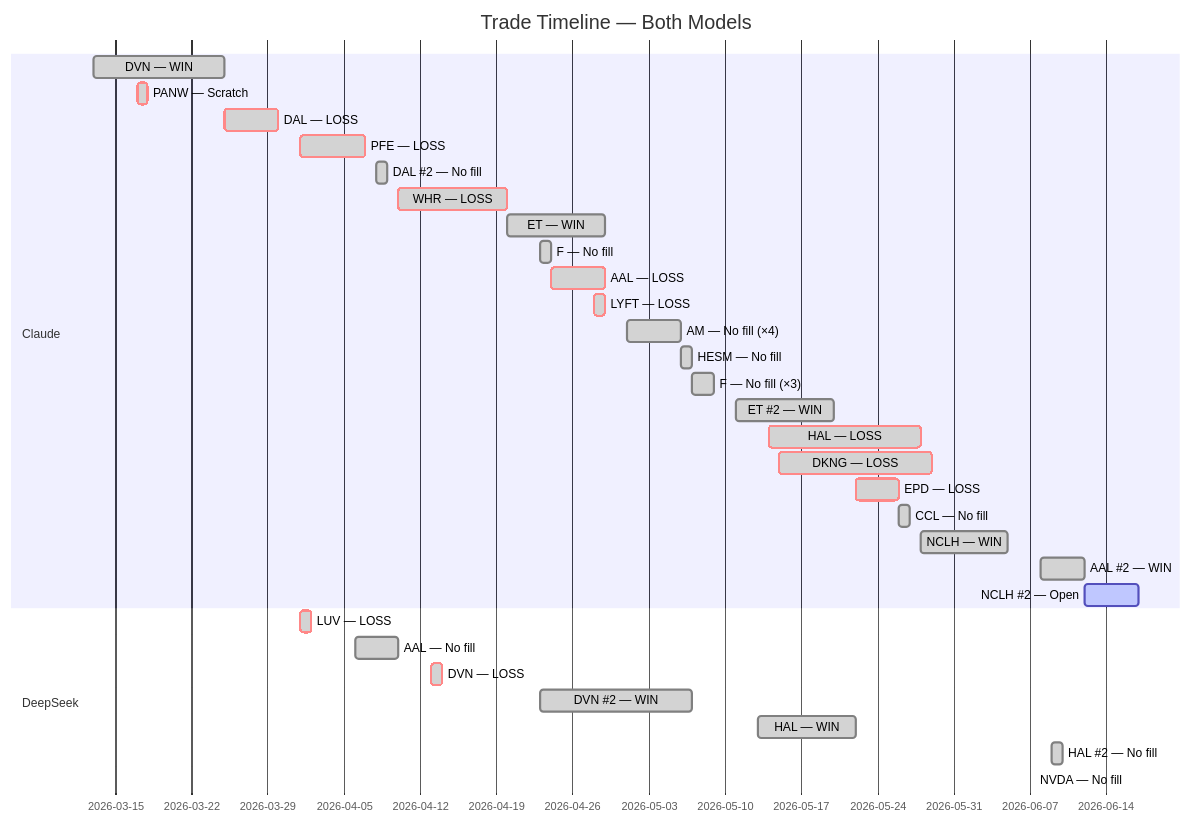
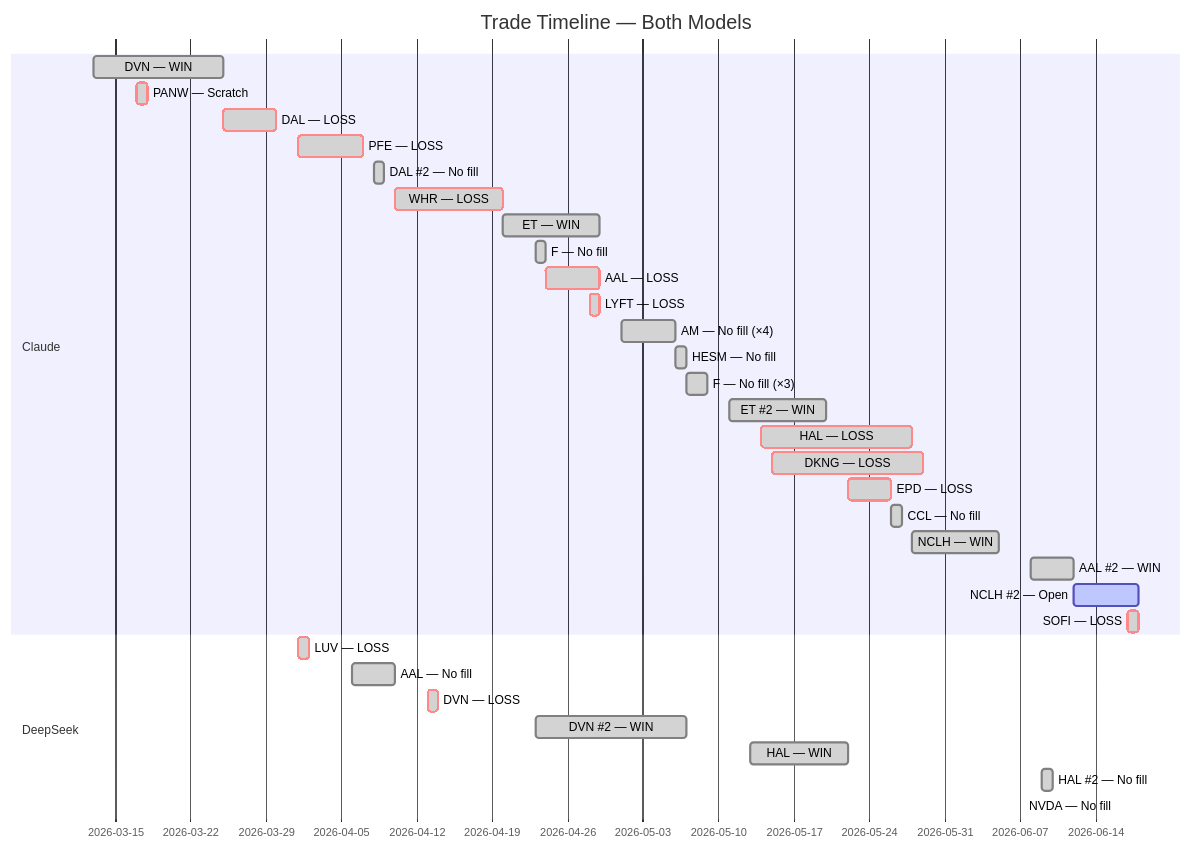
Before and after one commit to zachisit/ai-auto-buy-thesis: the fifth of 5 diagrams in README.md, drawn with Mermaid. The commit also changed other lines of this file and 2 other files, not shown here.

Commit message:
Update README and add session logs for 6/18 — SOFI closed -$13.20 (fastest exit, hawkish Fed killed rate-cut thesis Day 1); NCLH #2 Day 6 +$39.78 unrealized; deal SIGNED at Versailles; Fed hawkish 3.8% dot plot median; Rule 21 added (next-day buy stops for binary events)

````diff
--- a/README.md
+++ b/README.md
@@ -63,35 +63,36 @@
 ```mermaid
 gantt
     title Trade Timeline — Both Models
     dateFormat YYYY-MM-DD
     section Claude
     DVN — WIN            :done,    2026-03-13, 2026-03-25
     PANW — Scratch       :crit, done, 2026-03-17, 2026-03-18
     DAL — LOSS           :crit, done, 2026-03-25, 2026-03-30
     PFE — LOSS           :crit, done, 2026-04-01, 2026-04-07
     DAL #2 — No fill     :done,    2026-04-08, 2026-04-09
     WHR — LOSS           :crit, done, 2026-04-10, 2026-04-20
     ET — WIN             :done,    2026-04-20, 2026-04-29
     F — No fill          :done,    2026-04-23, 2026-04-24
     AAL — LOSS           :crit, done, 2026-04-24, 2026-04-29
     LYFT — LOSS          :crit, done, 2026-04-28, 2026-04-29
     AM — No fill (×4)    :done,    2026-05-01, 2026-05-06
     HESM — No fill       :done,    2026-05-06, 2026-05-07
     F — No fill (×3)     :done,    2026-05-07, 2026-05-09
     ET #2 — WIN          :done,    2026-05-11, 2026-05-20
     HAL — LOSS           :crit, done, 2026-05-14, 2026-05-28
     DKNG — LOSS          :crit, done, 2026-05-15, 2026-05-29
     EPD — LOSS           :crit, done, 2026-05-22, 2026-05-26
     CCL — No fill        :done,    2026-05-26, 2026-05-27
     NCLH — WIN           :done,    2026-05-28, 2026-06-05
     AAL #2 — WIN         :done,    2026-06-08, 2026-06-12
-    NCLH #2 — Open       :active,  2026-06-12, 2026-06-17
+    NCLH #2 — Open       :active,  2026-06-12, 2026-06-18
+    SOFI — LOSS          :crit, done, 2026-06-17, 2026-06-18
     section DeepSeek
     LUV — LOSS           :crit, done, 2026-04-01, 2026-04-02
     AAL — No fill        :done,    2026-04-06, 2026-04-10
     DVN — LOSS           :crit, done, 2026-04-13, 2026-04-14
     DVN #2 — WIN         :done,    2026-04-23, 2026-05-07
     HAL — WIN            :done,    2026-05-13, 2026-05-22
     HAL #2 — No fill    :done,    2026-06-09, 2026-06-10
     NVDA — No fill      :done,    2026-06-16, 2026-06-16
 ```
````
